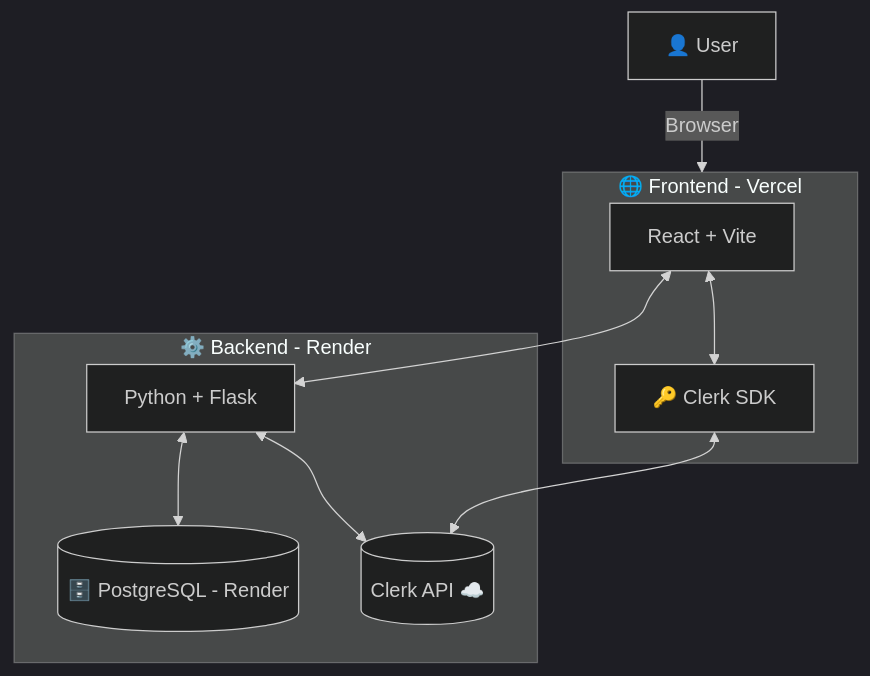
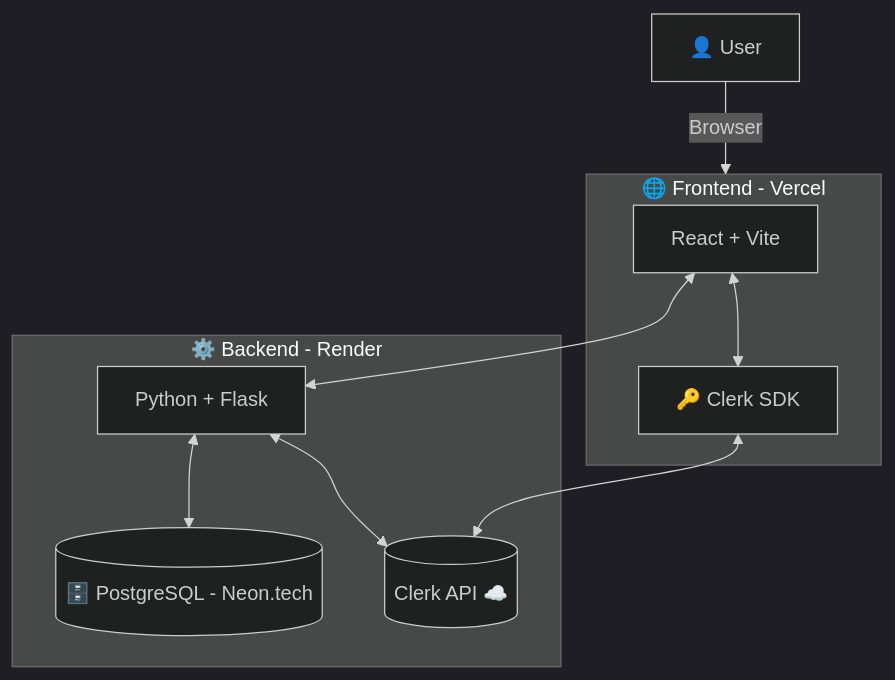
The diagram in README.md (malgokiel/UnitBites-showcase), drawn with Mermaid (dark theme) before and after one commit.

````diff
--- a/README.md
+++ b/README.md
@@ -70,19 +70,19 @@
 ```mermaid
 flowchart TD
     User[👤 User] -->|Browser| Frontend
 
     subgraph Frontend [🌐 Frontend - Vercel]
         FE[React + Vite]
         FE <--> ClerkSDK[🔑 Clerk SDK]
     end
 
     subgraph Backend [⚙️ Backend - Render]
         BE[Python + Flask]
-        BE <--> DB[(🗄️ PostgreSQL - Render)]
+        BE <--> DB[(🗄️ PostgreSQL - Neon.tech)]
         BE <--> ClerkAPI[(Clerk API ☁️)]
     end
 
     FE <--> BE
     ClerkSDK <--> ClerkAPI
 
 ```
````
